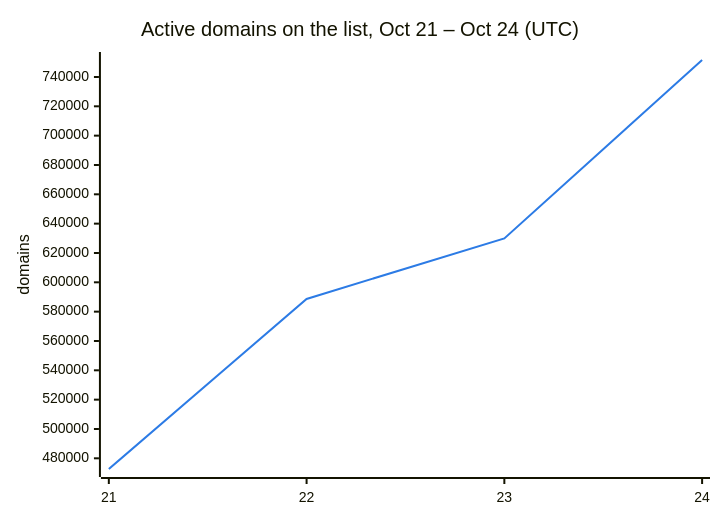
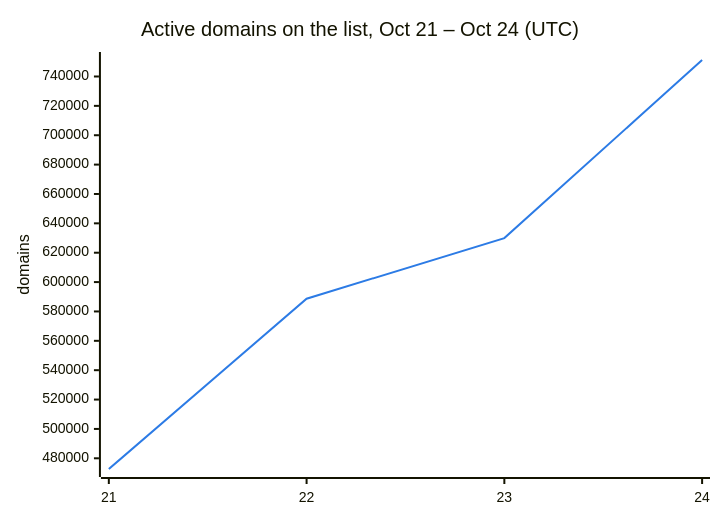
The second of 3 diagrams in README.md (DNSBunker/CTI), drawn with Mermaid before and after one commit. The commit also changed other lines of this file and 3 other files, not shown here.

````diff
--- a/README.md
+++ b/README.md
@@ -38,8 +38,8 @@
 ```mermaid
 %%{init: {"themeVariables": {"xyChart": {"plotColorPalette": "#2c7be5"}}}}%%
 xychart-beta
     title "Active domains on the list, Oct 21 – Oct 24 (UTC)"
     x-axis ["21", "22", "23", "24"]
     y-axis "domains"
-    line [472713, 588659, 629951, 751573]
+    line [472713, 588659, 629951, 751231]
 ```
````
